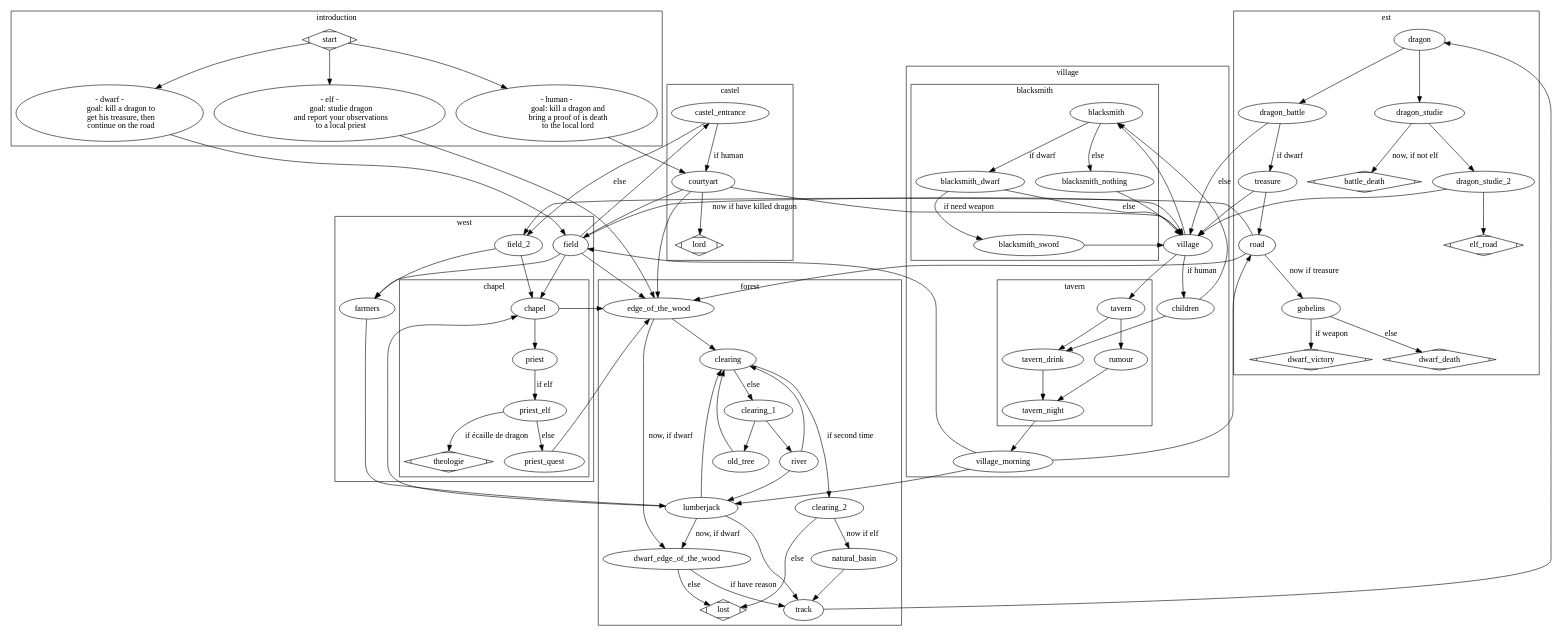
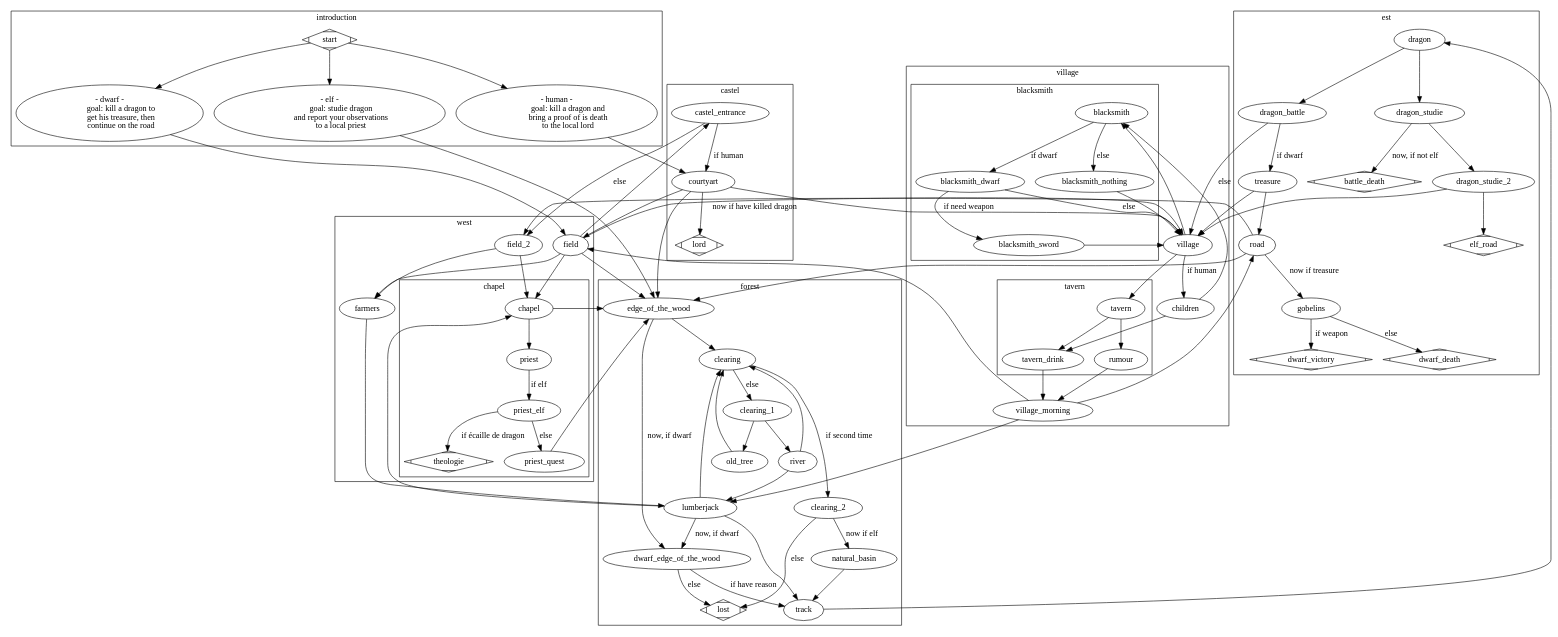
Before and after one commit to robinmoussu/story: the diagram in story.dot, drawn with Graphviz. The commit also changed 7 other files, not shown here.

```diff
--- a/story.dot
+++ b/story.dot
@@ -1,178 +1,175 @@
 digraph G {
     compound=true;
     subgraph cluster0 {
         label = introduction;
         start [shape=Mdiamond];
         elf;
         dwarf;
         human;
 
         elf [label="- elf -
             goal: studie dragon
             and report your observations
             to a local priest"]
         human [label="- human -
             goal: kill a dragon and
             bring a proof of is death
             to the local lord"]
         dwarf [label="- dwarf -
             goal: kill a dragon to
             get his treasure, then
             continue on the road"]
         start -> dwarf, elf, human;
     }
 
     subgraph cluster1 {
         label = village
         village;
         village_morning;
         children;
         
         subgraph cluster5 {
             label = blacksmith;
             blacksmith;
             blacksmith_sword;
             blacksmith_dwarf;
             blacksmith_nothing;
         }
 
         subgraph cluster6 {
             label = tavern;
             tavern;
             rumour;
-            tavern_night;
             tavern_drink;
         }
 
         village -> blacksmith, tavern;
         village -> children [label="if human"];
         children -> tavern_drink, blacksmith;
 
         blacksmith -> blacksmith_dwarf [label="if dwarf"]
         blacksmith_dwarf -> blacksmith_sword [label="if need weapon"];
         blacksmith_dwarf -> village [label="else"];
         blacksmith -> blacksmith_nothing [label="else"];
 
         blacksmith_sword -> village;
         blacksmith_nothing -> village;
 
         tavern -> rumour,tavern_drink;
-        tavern_drink -> tavern_night;
-        rumour -> tavern_night;
-        tavern_night -> village_morning;
+        tavern_drink -> village_morning;
+        rumour -> village_morning;
     }
 
     subgraph cluster2 {
         label = west;
-        village;
         field;
         field_2;
         farmers;
 
         subgraph cluster7 {
             label=chapel;
             chapel;
             priest;
             priest_elf;
             priest_quest;
             theologie [shape=Mdiamond];
         }
 
         field -> farmers;
         field -> chapel;
         field_2 -> farmers;
         field_2 -> chapel;
         chapel -> priest;
         priest -> priest_elf [label="if elf"];
         priest_elf -> theologie [label="if écaille de dragon"];
         priest_elf -> priest_quest [label="else"];
     }
 
     subgraph cluster3 {
         label = forest;
         edge_of_the_wood;
         dwarf_edge_of_the_wood;
         clearing;
         clearing_1;
         clearing_2;
         natural_basin;
         track;
         river;
         old_tree;
         lost [shape=Mdiamond];
         lumberjack;
 
         lumberjack -> dwarf_edge_of_the_wood [label="now, if dwarf"];
         lumberjack -> clearing;
         lumberjack -> track;
         clearing -> clearing_2 [label="if second time"];
         clearing -> clearing_1 [label="else"];
         clearing_1 -> river, old_tree;
         clearing_2 -> natural_basin [label="now if elf"];
         clearing_2 -> lost [label="else"];
         natural_basin -> track;
         river -> lumberjack, clearing;
         old_tree -> clearing;
     }
 
     subgraph cluster4 {
         label = est;
         dragon;
         dragon_battle;
         dragon_studie;
         dragon_studie_2;
         road;
         elf_road [shape=Mdiamond];
         gobelins;
         treasure;
         dwarf_victory [shape=Mdiamond];
         dwarf_death [shape=Mdiamond];
         battle_death [shape=Mdiamond];
 
         dragon -> dragon_battle, dragon_studie;
         dragon_battle -> village [label=else];
         dragon_battle -> treasure [label="if dwarf"];
         dragon_studie -> battle_death [label="now, if not elf"];
     }
 
     subgraph cluster8 {
         label=castel;
         castel_entrance;
         courtyart;
         lord [shape=Mdiamond];
 
         castel_entrance -> courtyart [label="if human"];
         courtyart -> lord [label="now if have killed dragon"];
     }
 
     castel_entrance -> field_2 [label="else"];
     courtyart -> field, village, edge_of_the_wood;
 
     human -> courtyart;
     elf -> edge_of_the_wood;
     dwarf -> field;
 
     field -> edge_of_the_wood, village, castel_entrance;
     edge_of_the_wood -> clearing;
     edge_of_the_wood -> dwarf_edge_of_the_wood [label="now, if dwarf"];
 
     dwarf_edge_of_the_wood -> track [label="if have reason"];
     dwarf_edge_of_the_wood -> lost [label="else"];
 
     track -> dragon;
     dragon_studie -> dragon_studie_2;
     dragon_studie_2 -> village, elf_road;
 
     treasure -> village, road;
     road -> gobelins [label="now if treasure"];
     road -> edge_of_the_wood, field_2;
     gobelins -> dwarf_victory [label="if weapon"];
     gobelins -> dwarf_death [label="else"];
 
     village_morning -> field, lumberjack, road;
 
     chapel -> edge_of_the_wood;
     farmers -> lumberjack;
     priest_quest -> edge_of_the_wood;
     lumberjack -> chapel;
 }
```
